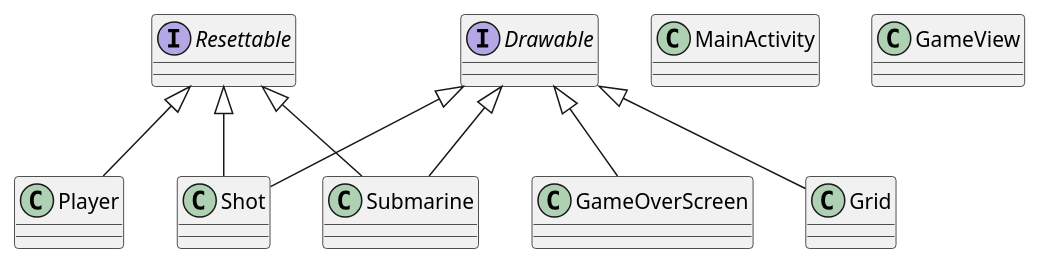
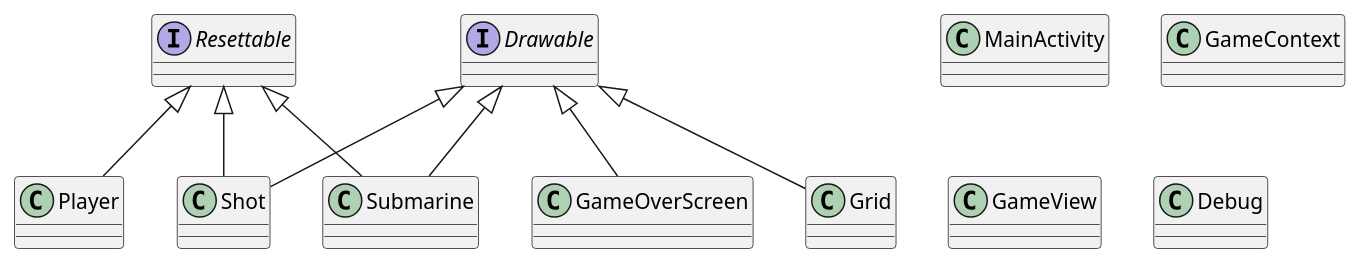
Before and after one commit to Kevin-Cendana/Computer-Science-Coursework: the diagram in CSC 133 Object Oriented Programming/SubHunter/app/src/main/java/com/gamecodeschool/subhunter/UMLDiagram.puml, drawn with PlantUML. The commit also changed 8 other files, not shown here.

First line of the commit message:
New GameContext, Debug class, removed Player, abstraction

```diff
--- a/CSC 133 Object Oriented Programming/SubHunter/app/src/main/java/com/gamecodeschool/subhunter/UMLDiagram.puml
+++ b/CSC 133 Object Oriented Programming/SubHunter/app/src/main/java/com/gamecodeschool/subhunter/UMLDiagram.puml
@@ -1,41 +1,44 @@
 @startuml
 
 ' Define interfaces
 interface Drawable {
 }
 
 interface Resettable {
 }
 
 ' Define classes
 class MainActivity {
 }
 
-class GameView {
+class GameContext {
 }
 
-class Player {
+class GameView {
 }
 
 class Submarine {
 }
 
 class Shot {
 }
 
 class Grid {
 }
 
 class GameOverScreen {
 }
 
+class Debug {
+}
+
 ' Implementations
 Player -up-|> Resettable
 Submarine -up-|> Resettable
 Submarine -up-|> Drawable
 Shot -up-|> Resettable
 Shot -up-|> Drawable
 Grid -up-|> Drawable
 GameOverScreen -up-|> Drawable
 
 @enduml
```
